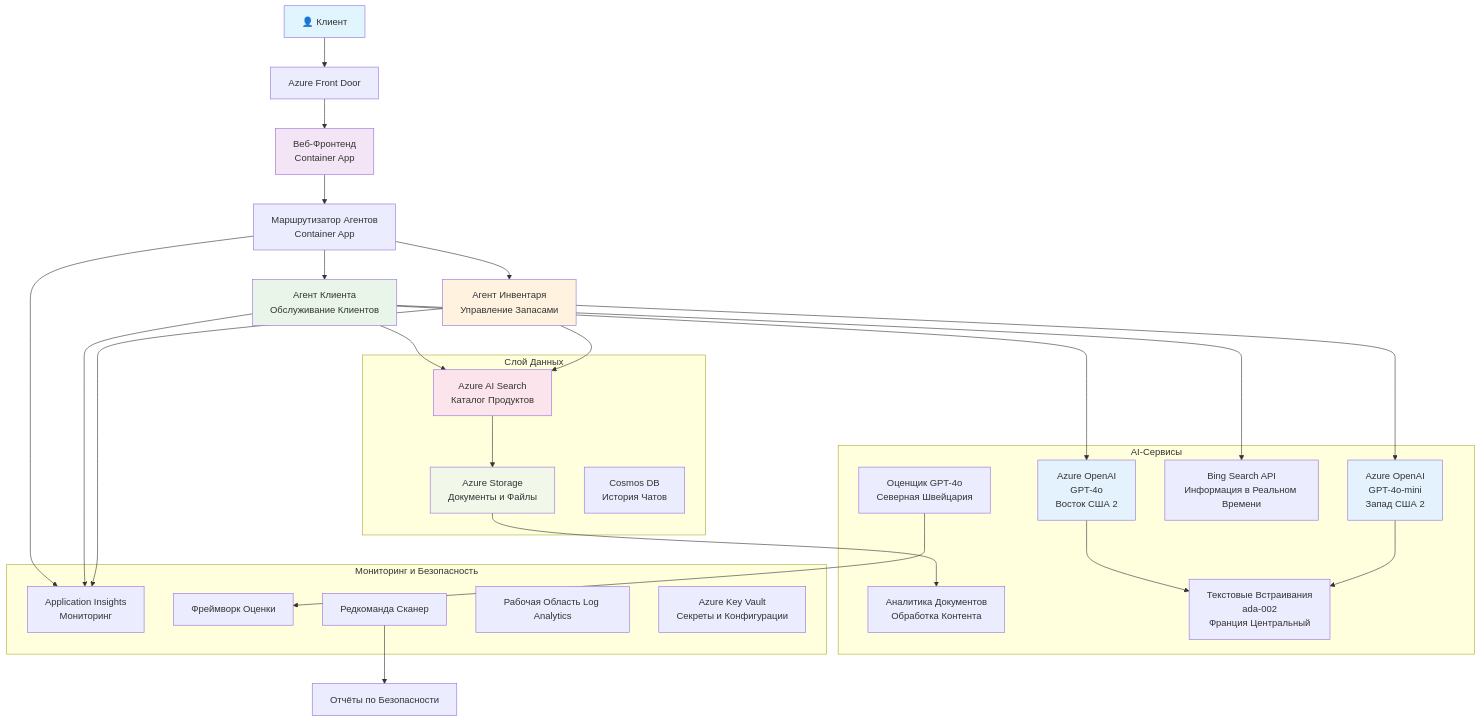
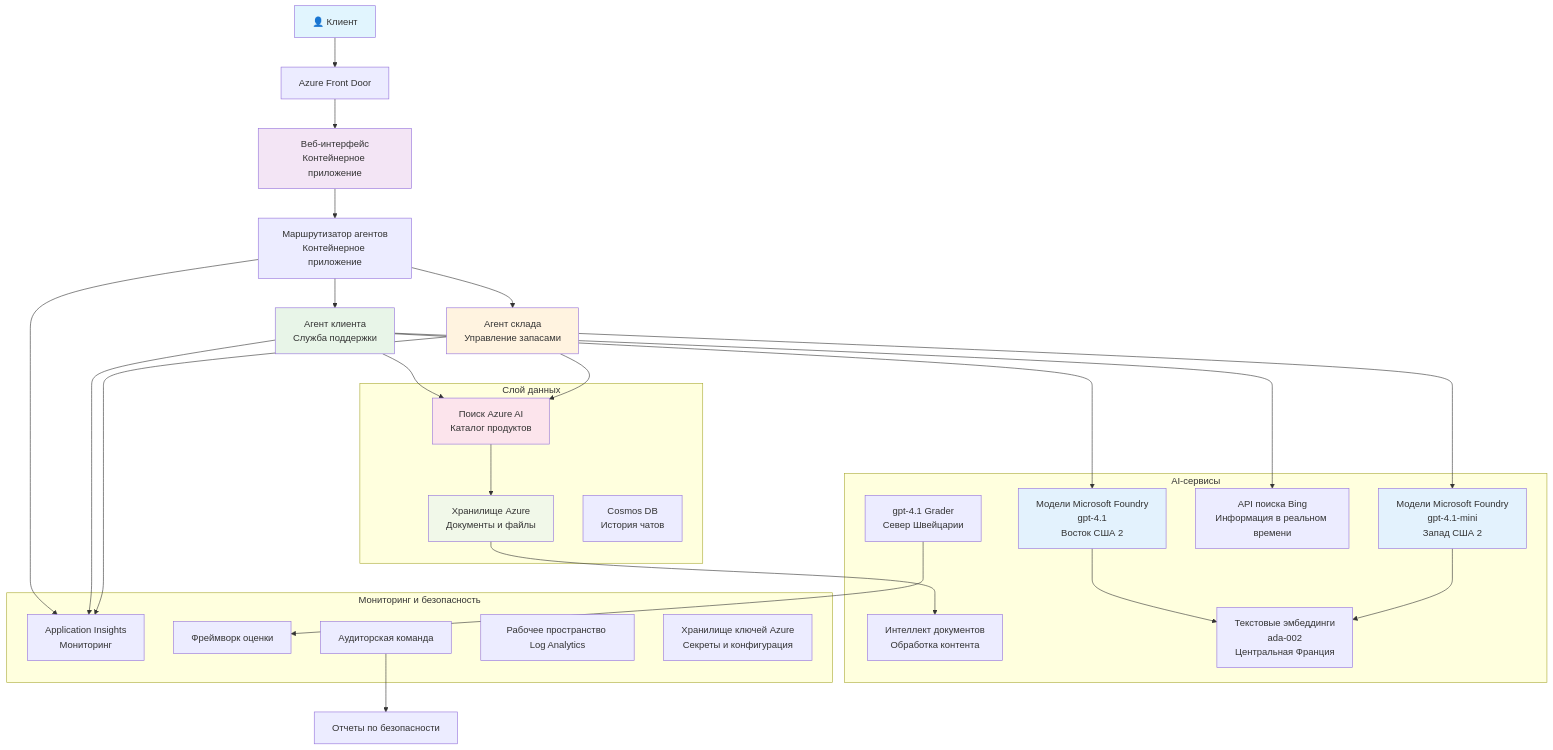
One commit to microsoft/AZD-for-beginners changed the diagram in translations/ru/examples/retail-scenario.md. Above: the diagram before and after it, drawn with Mermaid. The commit also changed other lines of this file and 101 other files, not shown here.

````diff
--- a/translations/ru/examples/retail-scenario.md
+++ b/translations/ru/examples/retail-scenario.md
@@ -139,61 +139,61 @@
 ```mermaid
 graph TB
     User[👤 Клиент] --> LB[Azure Front Door]
-    LB --> WebApp[Веб-Фронтенд<br/>Container App]
+    LB --> WebApp[Веб-интерфейс<br/>Контейнерное приложение]
     
-    WebApp --> Router[Маршрутизатор Агентов<br/>Container App]
-    Router --> CustomerAgent[Агент Клиента<br/>Обслуживание Клиентов]
-    Router --> InvAgent[Агент Инвентаря<br/>Управление Запасами]
+    WebApp --> Router[Маршрутизатор агентов<br/>Контейнерное приложение]
+    Router --> CustomerAgent[Агент клиента<br/>Служба поддержки]
+    Router --> InvAgent[Агент склада<br/>Управление запасами]
     
-    CustomerAgent --> OpenAI1[Azure OpenAI<br/>GPT-4o<br/>Восток США 2]
-    InvAgent --> OpenAI2[Azure OpenAI<br/>GPT-4o-mini<br/>Запад США 2]
+    CustomerAgent --> OpenAI1[Модели Microsoft Foundry<br/>gpt-4.1<br/>Восток США 2]
+    InvAgent --> OpenAI2[Модели Microsoft Foundry<br/>gpt-4.1-mini<br/>Запад США 2]
     
-    CustomerAgent --> AISearch[Azure AI Search<br/>Каталог Продуктов]
-    CustomerAgent --> BingSearch[Bing Search API<br/>Информация в Реальном Времени]
+    CustomerAgent --> AISearch[Поиск Azure AI<br/>Каталог продуктов]
+    CustomerAgent --> BingSearch[API поиска Bing<br/>Информация в реальном времени]
     InvAgent --> AISearch
     
-    AISearch --> Storage[Azure Storage<br/>Документы и Файлы]
-    Storage --> DocIntel[Аналитика Документов<br/>Обработка Контента]
+    AISearch --> Storage[Хранилище Azure<br/>Документы и файлы]
+    Storage --> DocIntel[Интеллект документов<br/>Обработка контента]
     
-    OpenAI1 --> Embeddings[Текстовые Встраивания<br/>ada-002<br/>Франция Центральный]
+    OpenAI1 --> Embeddings[Текстовые эмбеддинги<br/>ada-002<br/>Центральная Франция]
     OpenAI2 --> Embeddings
     
     Router --> AppInsights[Application Insights<br/>Мониторинг]
     CustomerAgent --> AppInsights
     InvAgent --> AppInsights
     
-    GraderModel[Оценщик GPT-4o<br/>Северная Швейцария] --> Evaluation[Фреймворк Оценки]
-    RedTeam[Редкоманда Сканер] --> SecurityReports[Отчёты по Безопасности]
+    GraderModel[gpt-4.1 Grader<br/>Север Швейцарии] --> Evaluation[Фреймворк оценки]
+    RedTeam[Аудиторская команда] --> SecurityReports[Отчеты по безопасности]
     
-    subgraph "Слой Данных"
+    subgraph "Слой данных"
         Storage
         AISearch
-        CosmosDB[Cosmos DB<br/>История Чатов]
+        CosmosDB[Cosmos DB<br/>История чатов]
     end
     
-    subgraph "AI-Сервисы"
+    subgraph "AI-сервисы"
         OpenAI1
         OpenAI2
         Embeddings
         GraderModel
         DocIntel
         BingSearch
     end
     
-    subgraph "Мониторинг и Безопасность"
+    subgraph "Мониторинг и безопасность"
         AppInsights
-        LogAnalytics[Рабочая Область Log Analytics]
-        KeyVault[Azure Key Vault<br/>Секреты и Конфигурации]
+        LogAnalytics[Рабочее пространство Log Analytics]
+        KeyVault[Хранилище ключей Azure<br/>Секреты и конфигурация]
         RedTeam
         Evaluation
     end
     
     style User fill:#e1f5fe
     style WebApp fill:#f3e5f5
     style CustomerAgent fill:#e8f5e8
     style InvAgent fill:#fff3e0
     style OpenAI1 fill:#e3f2fd
     style OpenAI2 fill:#e3f2fd
     style AISearch fill:#fce4ec
     style Storage fill:#f1f8e9
-```
+```  
````
